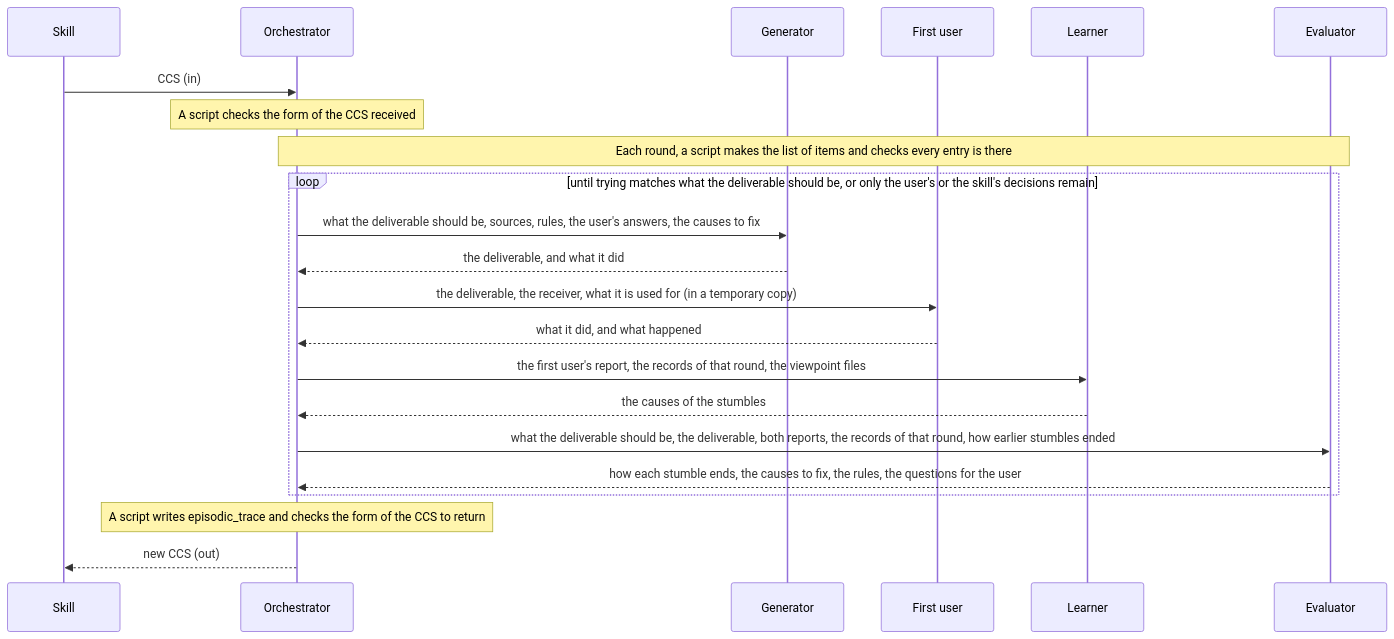
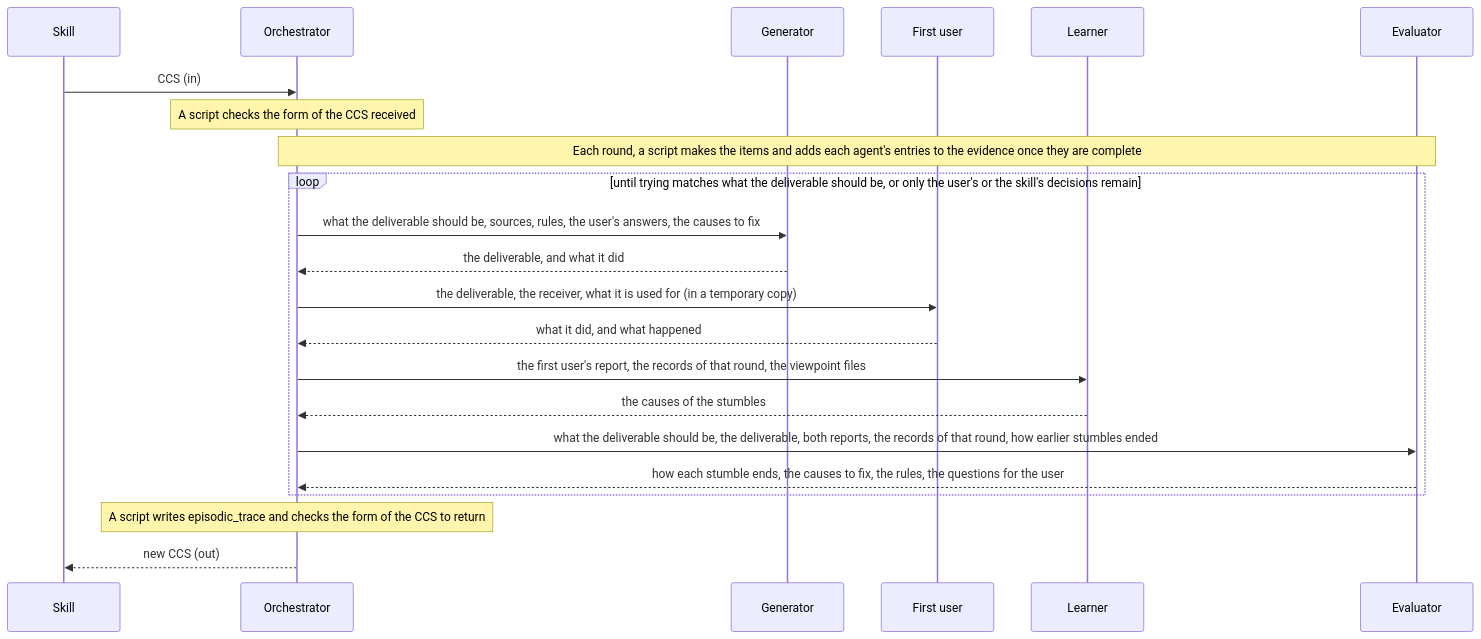
The diagram in dev/turn/design.md (lovaizu/ccpm), drawn with Mermaid before and after one commit. The commit also changed other lines of this file and 1 other file, not shown here.

First line of the commit message:
turn: each turn writes the evidence for every item beside the returned CCS, which points to it

````diff
--- a/dev/turn/design.md
+++ b/dev/turn/design.md
@@ -39,24 +39,24 @@
 ```mermaid
 sequenceDiagram
   participant S as Skill
   participant O as Orchestrator
   participant G as Generator
   participant U as First user
   participant L as Learner
   participant E as Evaluator
   S->>O: CCS (in)
   Note over O: A script checks the form of the CCS received
-  Note over O,E: Each round, a script makes the list of items and checks every entry is there
+  Note over O,E: Each round, a script makes the items and adds each agent's entries to the evidence once they are complete
   loop until trying matches what the deliverable should be, or only the user's or the skill's decisions remain
     O->>G: what the deliverable should be, sources, rules, the user's answers, the causes to fix
     G-->>O: the deliverable, and what it did
     O->>U: the deliverable, the receiver, what it is used for (in a temporary copy)
     U-->>O: what it did, and what happened
     O->>L: the first user's report, the records of that round, the viewpoint files
     L-->>O: the causes of the stumbles
     O->>E: what the deliverable should be, the deliverable, both reports, the records of that round, how earlier stumbles ended
     E-->>O: how each stumble ends, the causes to fix, the rules, the questions for the user
   end
   Note over O: A script writes episodic_trace and checks the form of the CCS to return
   O-->>S: new CCS (out)
 ```
````
